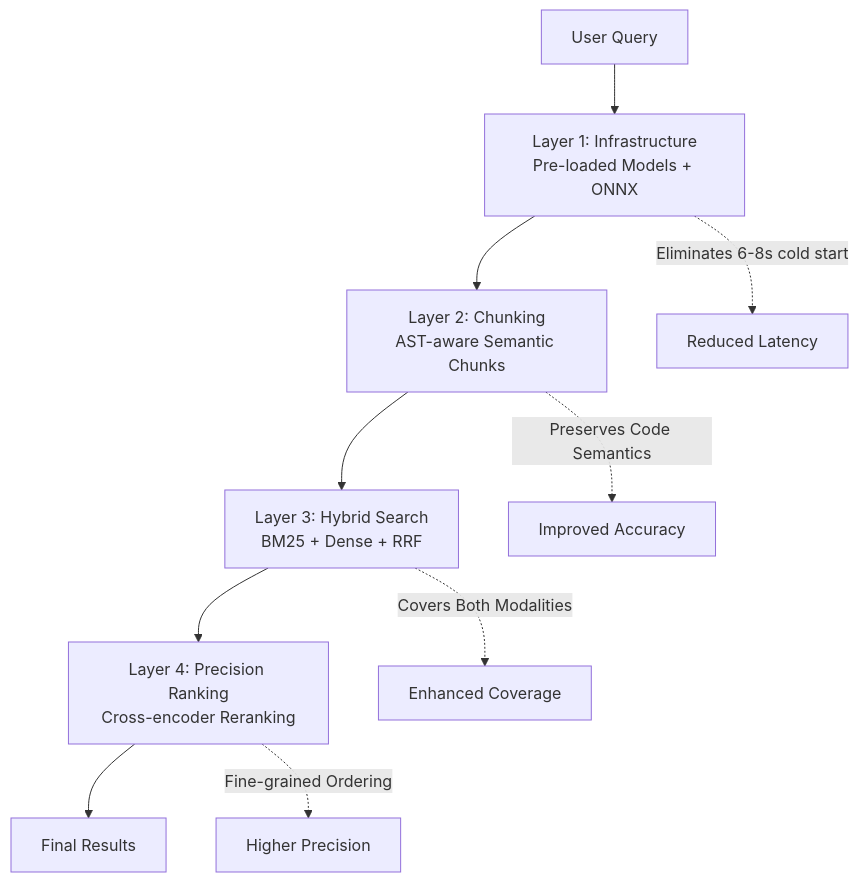
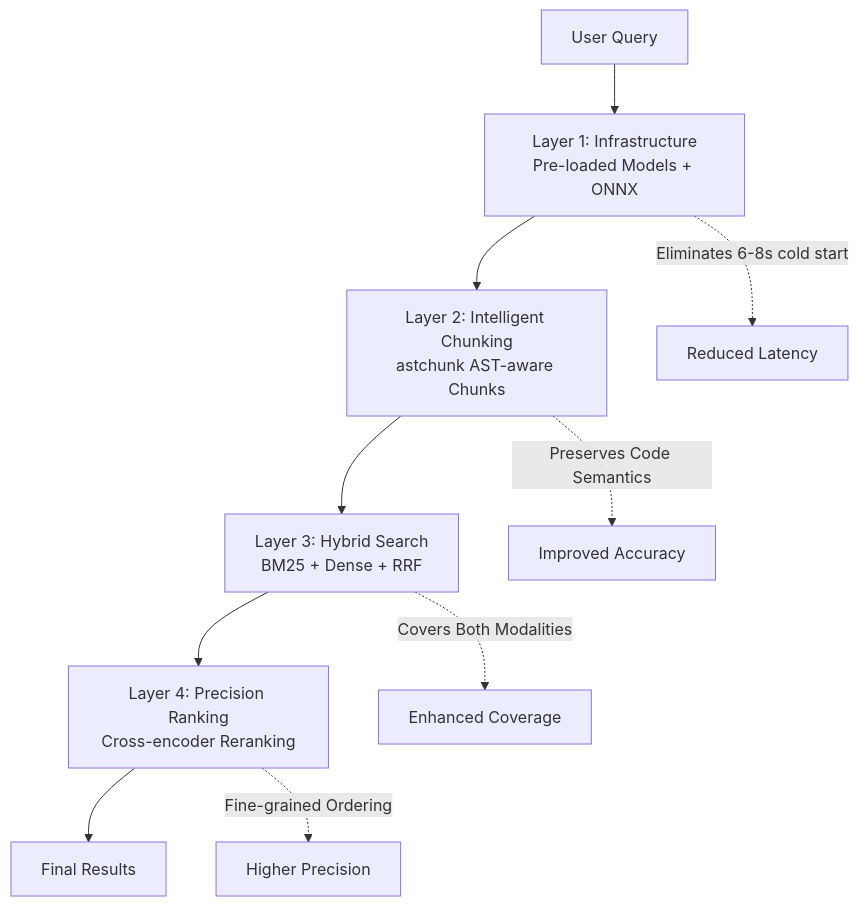
Before and after one commit to maemreyo/zmr-ctx-paker: the first of 8 diagrams in .qoder/repowiki/en/content/Performance & Optimization/MCP Performance Optimization Guide.md, drawn with Mermaid. The commit also changed other lines of this file and 94 other files, not shown here.

````diff
--- a/.qoder/repowiki/en/content/Performance & Optimization/MCP Performance Optimization Guide.md
+++ b/.qoder/repowiki/en/content/Performance & Optimization/MCP Performance Optimization Guide.md
@@ -87,12 +93,12 @@
 ```mermaid
 graph TB
 A["User Query"] --> B["Layer 1: Infrastructure<br/>Pre-loaded Models + ONNX"]
-B --> C["Layer 2: Chunking<br/>AST-aware Semantic Chunks"]
+B --> C["Layer 2: Intelligent Chunking<br/>astchunk AST-aware Chunks"]
 C --> D["Layer 3: Hybrid Search<br/>BM25 + Dense + RRF"]
 D --> E["Layer 4: Precision Ranking<br/>Cross-encoder Reranking"]
 E --> F["Final Results"]
 B -.->|"Eliminates 6-8s cold start"| G["Reduced Latency"]
 C -.->|"Preserves Code Semantics"| H["Improved Accuracy"]
 D -.->|"Covers Both Modalities"| I["Enhanced Coverage"]
 E -.->|"Fine-grained Ordering"| J["Higher Precision"]
 ```
````
